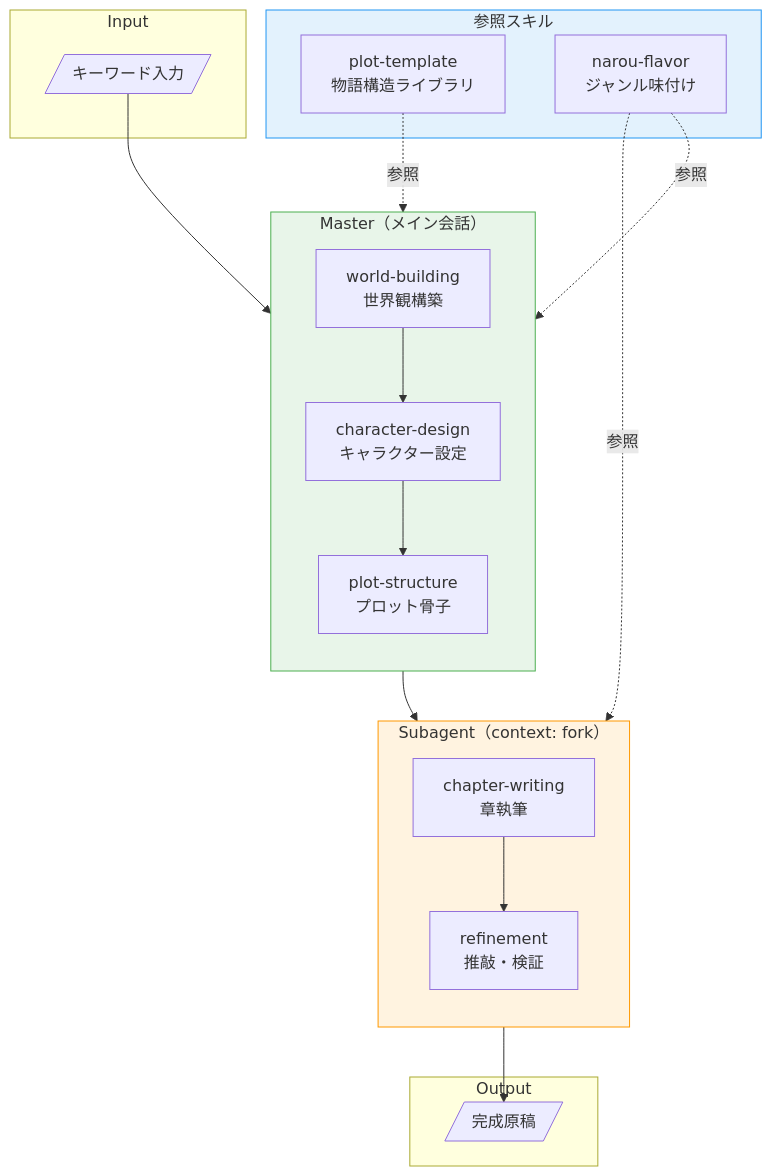
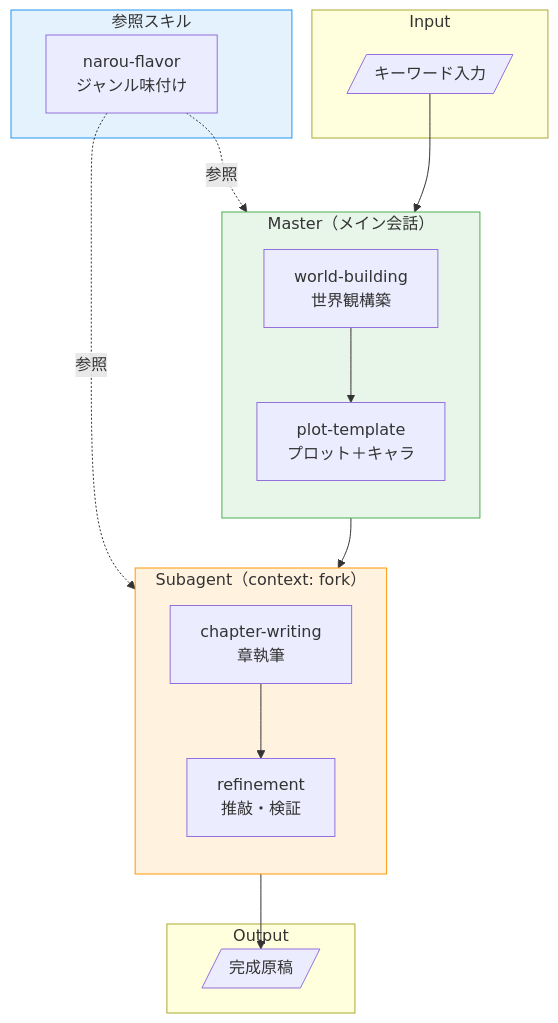
Before and after one commit to nanyanen87/narou-maker-v3: the diagram in docs/workflow-v1.md, drawn with Mermaid. The commit also changed other lines of this file and 30 other files, not shown here.

Commit message:
Update CLAUDE.md with quick start guide and workflow design; add start-writing command documentation; enhance narou-flavor and plot-template skills; restructure world-building skill; remove outdated character and plot files from previous project.

````diff
--- a/docs/workflow-v1.md
+++ b/docs/workflow-v1.md
@@ -22,44 +22,40 @@
 ```mermaid
 flowchart TD
     subgraph Input
         K[/"キーワード入力"/]
     end
 
     subgraph Master["Master（メイン会話）"]
         direction TB
         W[world-building<br/>世界観構築]
-        C[character-design<br/>キャラクター設定]
-        P[plot-structure<br/>プロット骨子]
+        P[plot-template<br/>プロット＋キャラ]
 
         K --> W
-        W --> C
-        C --> P
+        W --> P
     end
 
     subgraph Skills["参照スキル"]
-        PT[plot-template<br/>物語構造ライブラリ]
         NF[narou-flavor<br/>ジャンル味付け]
     end
 
     subgraph Subagent["Subagent（context: fork）"]
         direction TB
         CH[chapter-writing<br/>章執筆]
         RF[refinement<br/>推敲・検証]
 
         CH --> RF
     end
 
     subgraph Output
         O[/"完成原稿"/]
     end
 
     P --> CH
-    PT -.->|参照| P
     NF -.->|参照| P
     NF -.->|参照| CH
     RF --> O
 
     style Master fill:#e8f5e9,stroke:#4caf50
     style Subagent fill:#fff3e0,stroke:#ff9800
     style Skills fill:#e3f2fd,stroke:#2196f3
 ```
````
